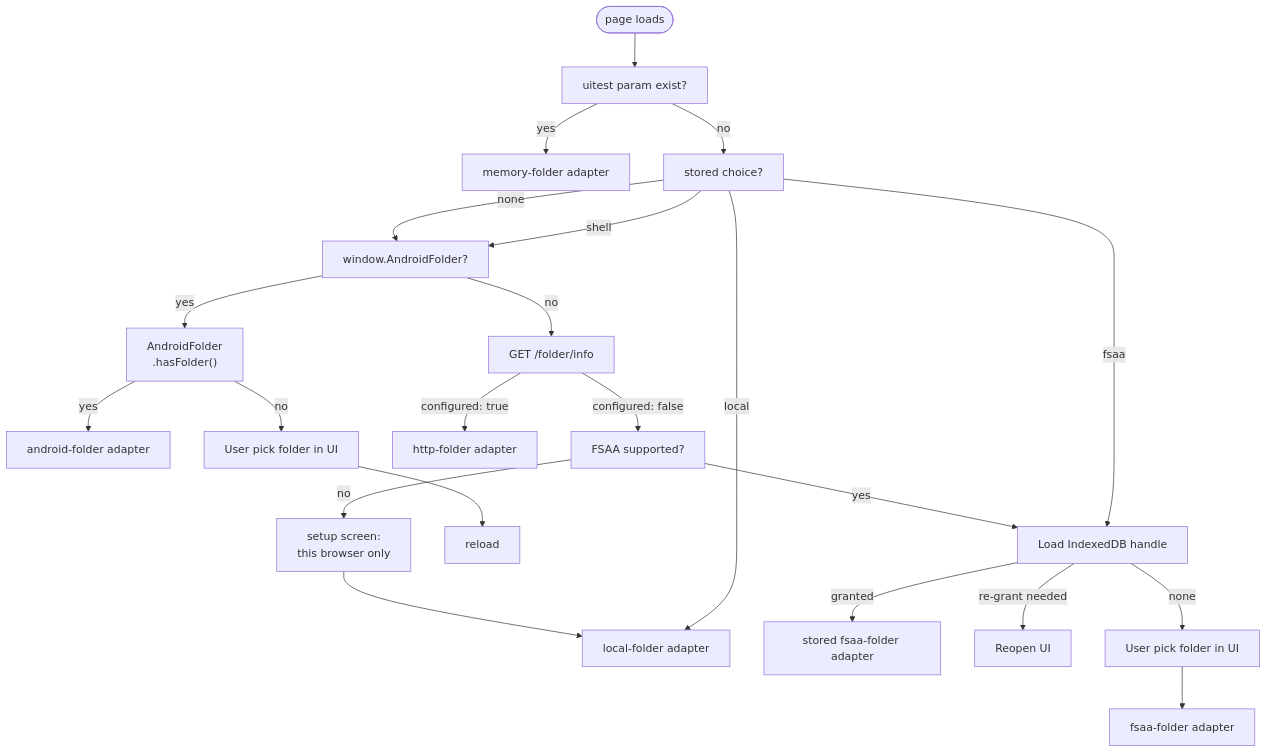
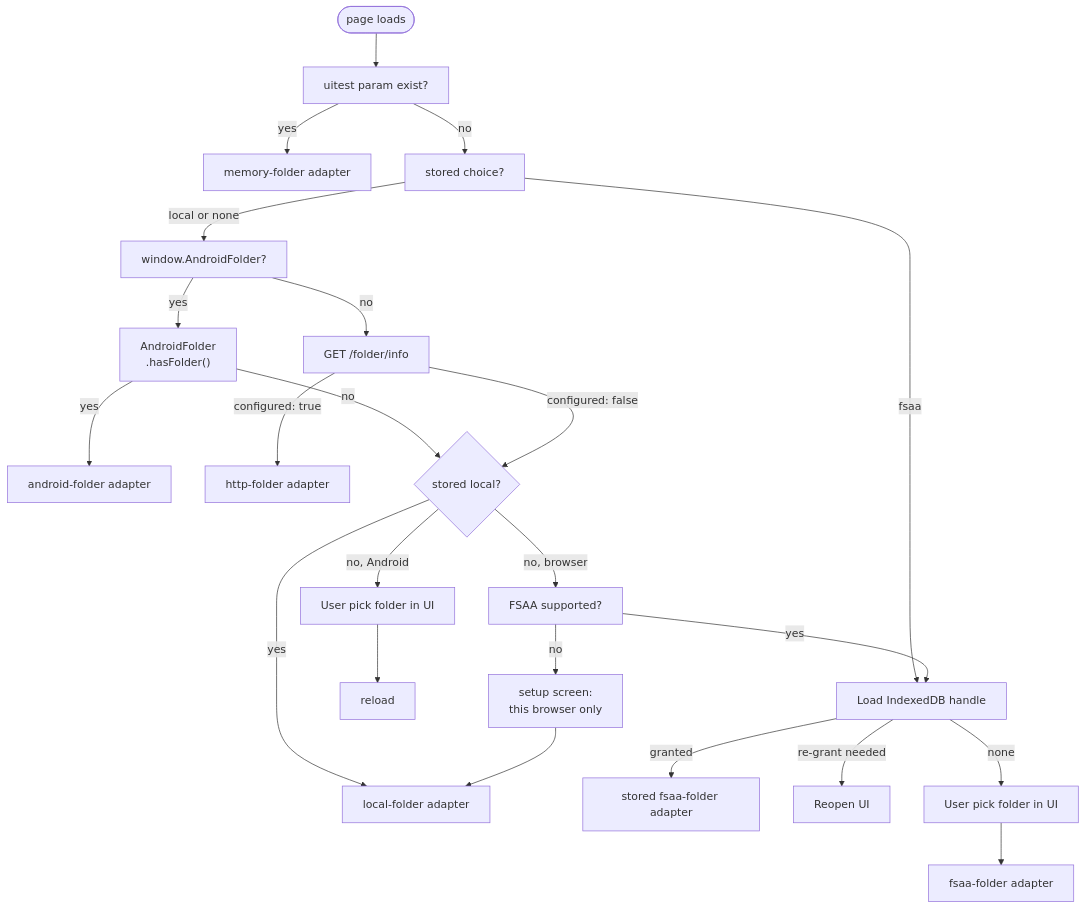
The diagram in docs/architecture.md (tuannamtruong/checklist_app), drawn with Mermaid before and after one commit. The commit also changed other lines of this file and 7 other files, not shown here.

Commit message:
Adjust firefox interaction with database. In development, it calls IndexedDB for in-memory data. In production, it reads file from the Sync-Folder.

````diff
--- a/docs/architecture.md
+++ b/docs/architecture.md
@@ -104,30 +104,33 @@
 ```mermaid
 flowchart TD
     S([page loads]) --> S1[uitest param exist?]
     S1 -->|yes| S2A[memory-folder adapter]
     S1 -->|no| S2M[stored choice?]
 
-    S2M -->|local| S3L[local-folder adapter]
-    S2M -->|fsaa| S5B
-    S2M -->|shell| S2B
-    S2M -->|none| S2B[window.AndroidFolder?]
+    S2M -->|fsaa| S5B["Load IndexedDB handle"]
+    S2M -->|local or none| S2B[window.AndroidFolder?]
 
     S2B -->|yes| S3A["AndroidFolder<br/>.hasFolder()"]
     S2B -->|no| S3B["GET /folder/info"]
 
     S3A -->|yes| S4A["android-folder adapter"]
-    S3A -->|no| S4B["User pick folder in UI"]
     S3B -->|configured: true| S4C["http-folder adapter"]
-    S3B -->|configured: false| S4D["FSAA supported?"]
+
+    S3A -->|no| S3C{stored local?}
+    S3B -->|configured: false| S3C
+
+    S3C -->|yes| S3L[local-folder adapter]
+    S3C -->|"no, Android"| S4B["User pick folder in UI"]
+    S3C -->|"no, browser"| S4D["FSAA supported?"]
 
     S4B -->S5A["reload"]
-    S4D -->|yes| S5B["Load IndexedDB handle"]
+    S4D -->|yes| S5B
     S4D -->|no| S5C["setup screen:<br/>this browser only"]
 
     S5B -->|granted| S6A["stored fsaa-folder adapter"]
     S5B -->|re-grant needed| S6B["Reopen UI"]
     S5B -->|none| S6C["User pick folder in UI"]
 
     S5C -->S3L
     S6C -->S7A["fsaa-folder adapter"]
 ```
````
